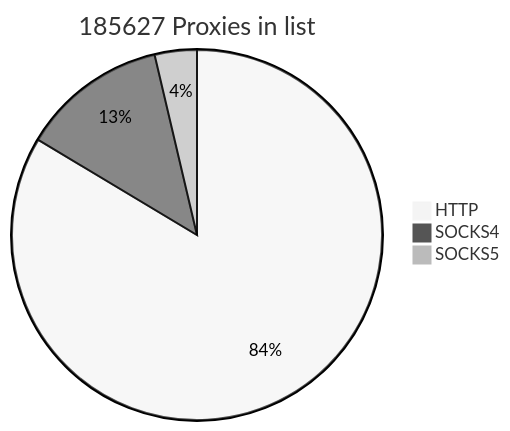
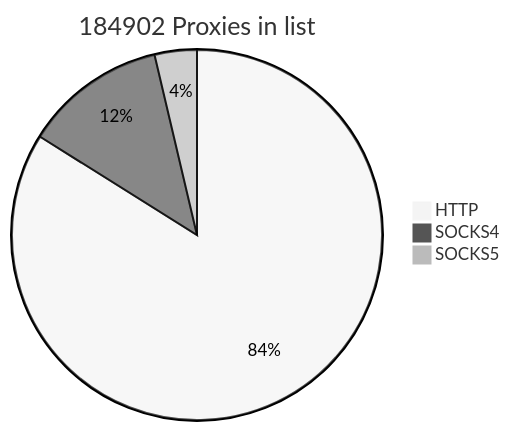
The first of 2 diagrams in README.md (cutipu/proxylist), drawn with Mermaid (neutral theme) before and after one commit. The commit also changed other lines of this file, not shown here.

````diff
--- a/README.md
+++ b/README.md
@@ -2,7 +2,7 @@
 ```mermaid
-pie title 185627 Proxies in list
-    "HTTP" : 155175
-    "SOCKS4" : 23625
-    "SOCKS5" : 6827
+pie title 184902 Proxies in list
+    "HTTP" : 155148
+    "SOCKS4" : 22943
+    "SOCKS5" : 6811
             
 ```
````
